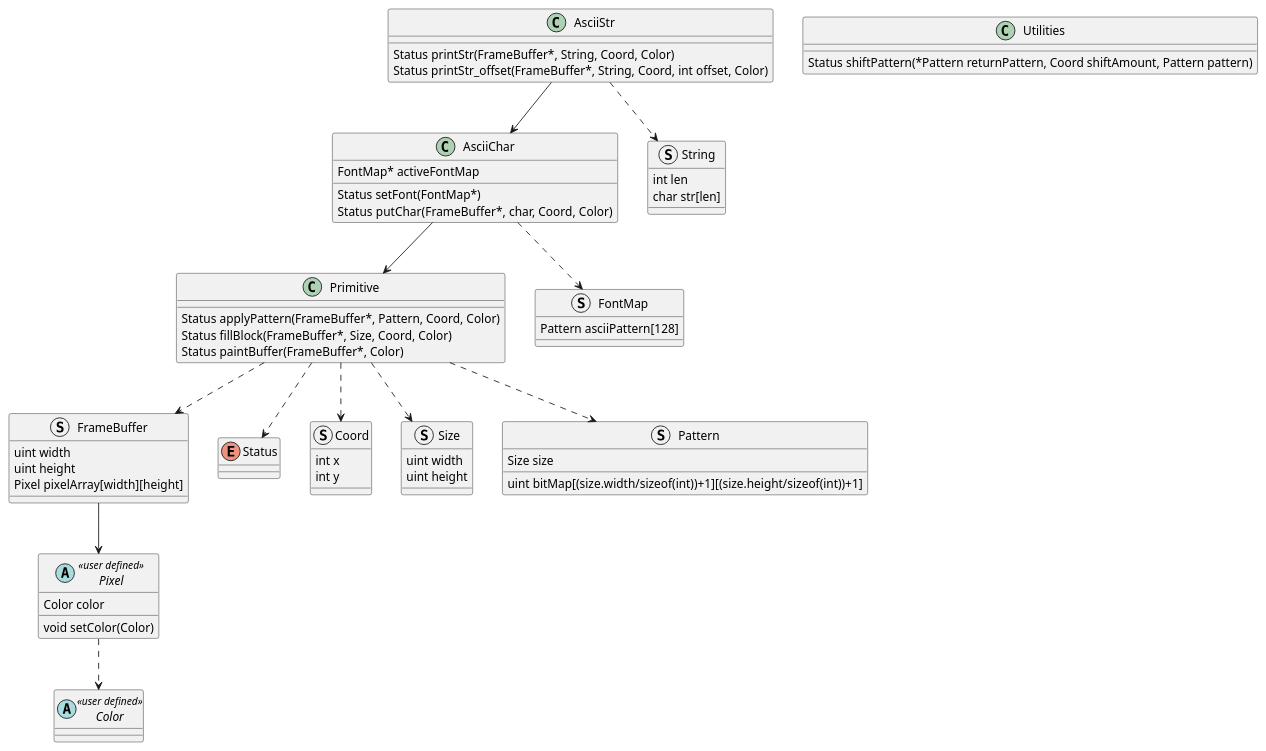
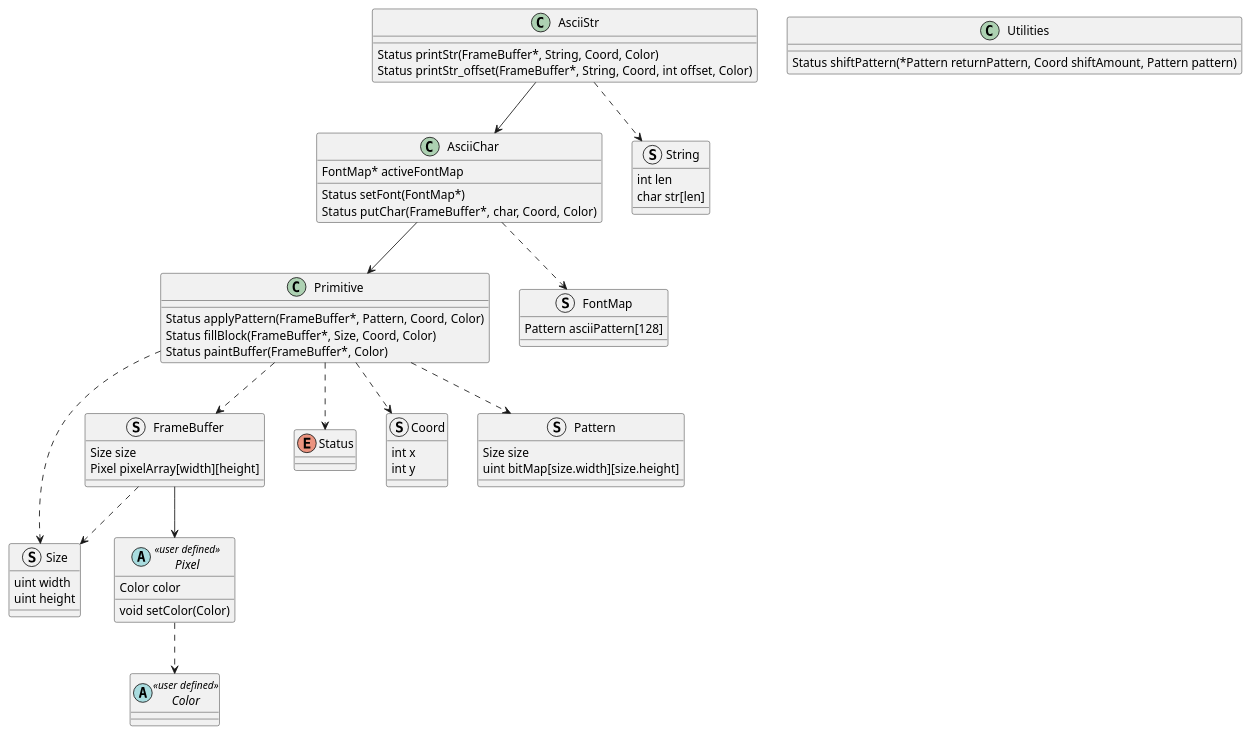
The diagram in design/architecture.puml (insanityOS/MadLOL), drawn with PlantUML before and after one commit.

Commit message:
Migrating Size typedef in design to lower location for more common usage

```diff
--- a/design/architecture.puml
+++ b/design/architecture.puml
@@ -1,77 +1,77 @@
 @startuml
 abstract Color <<user defined>>
 
 abstract Pixel <<user defined>> {
     Color color
     void setColor(Color)
 }
 
 Pixel ..> Color
 
-struct FrameBuffer {
+struct Size {
     uint width
     uint height
+}
+
+struct FrameBuffer {
+    Size size
     Pixel pixelArray[width][height]
 }
 
 FrameBuffer --> Pixel
+FrameBuffer ..> Size
 
 enum Status
 
 struct Coord {
     int x
     int y
 }
 
-struct Size {
-    uint width
-    uint height
-}
-
 struct Pattern {
     Size size
-    uint bitMap[(size.width/sizeof(int))+1][(size.height/sizeof(int))+1]
+    uint bitMap[size.width][size.height]
 }
 
 class Primitive {
     Status applyPattern(FrameBuffer*, Pattern, Coord, Color)
     Status fillBlock(FrameBuffer*, Size, Coord, Color)
     Status paintBuffer(FrameBuffer*, Color)
 }
 
 Primitive ..> FrameBuffer
 Primitive ..> Status
 Primitive ..> Coord
 Primitive ..> Size
 Primitive ..> Pattern
 
 struct FontMap {
     Pattern asciiPattern[128]
 }
 
 class AsciiChar {
     FontMap* activeFontMap
     Status setFont(FontMap*)
     Status putChar(FrameBuffer*, char, Coord, Color)
 }
 
 AsciiChar ..> FontMap
 AsciiChar --> Primitive
 
 struct String {
     int len
     char str[len]
 }
 
 class AsciiStr {
     Status printStr(FrameBuffer*, String, Coord, Color)
     Status printStr_offset(FrameBuffer*, String, Coord, int offset, Color)
 }
 
 AsciiStr ..> String
 AsciiStr --> AsciiChar
 
 class Utilities {
     Status shiftPattern(*Pattern returnPattern, Coord shiftAmount, Pattern pattern)
 }
 @enduml
```
